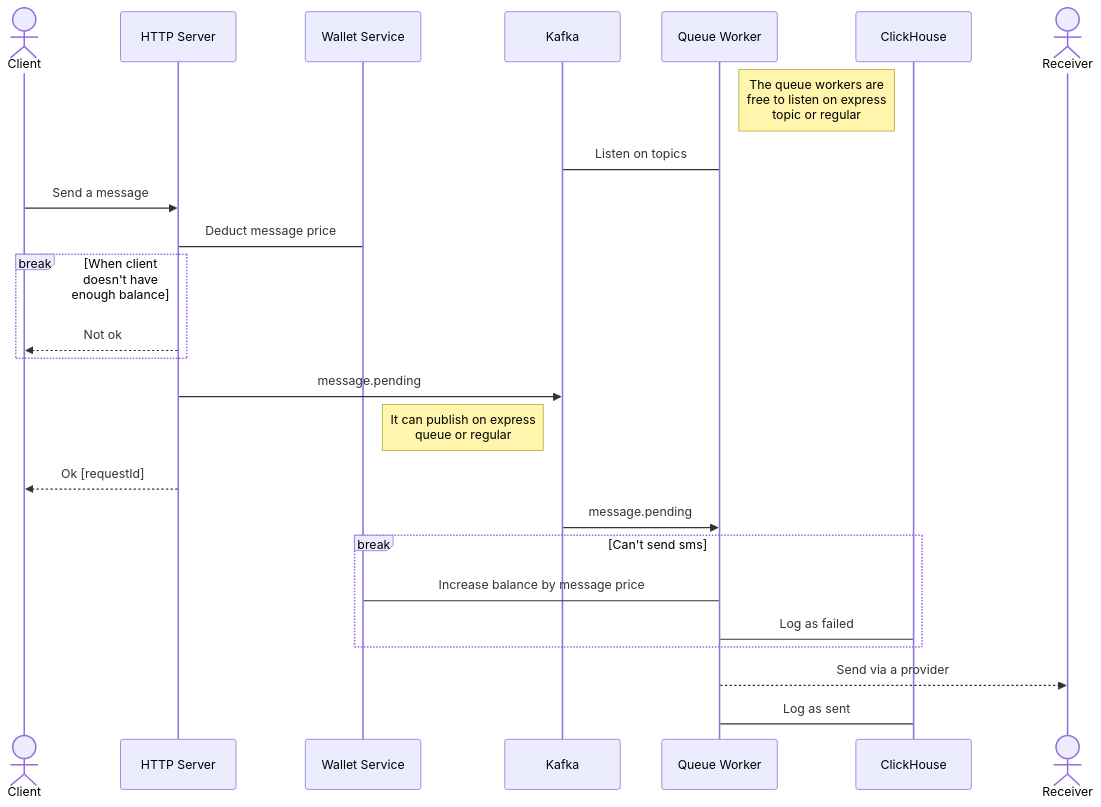
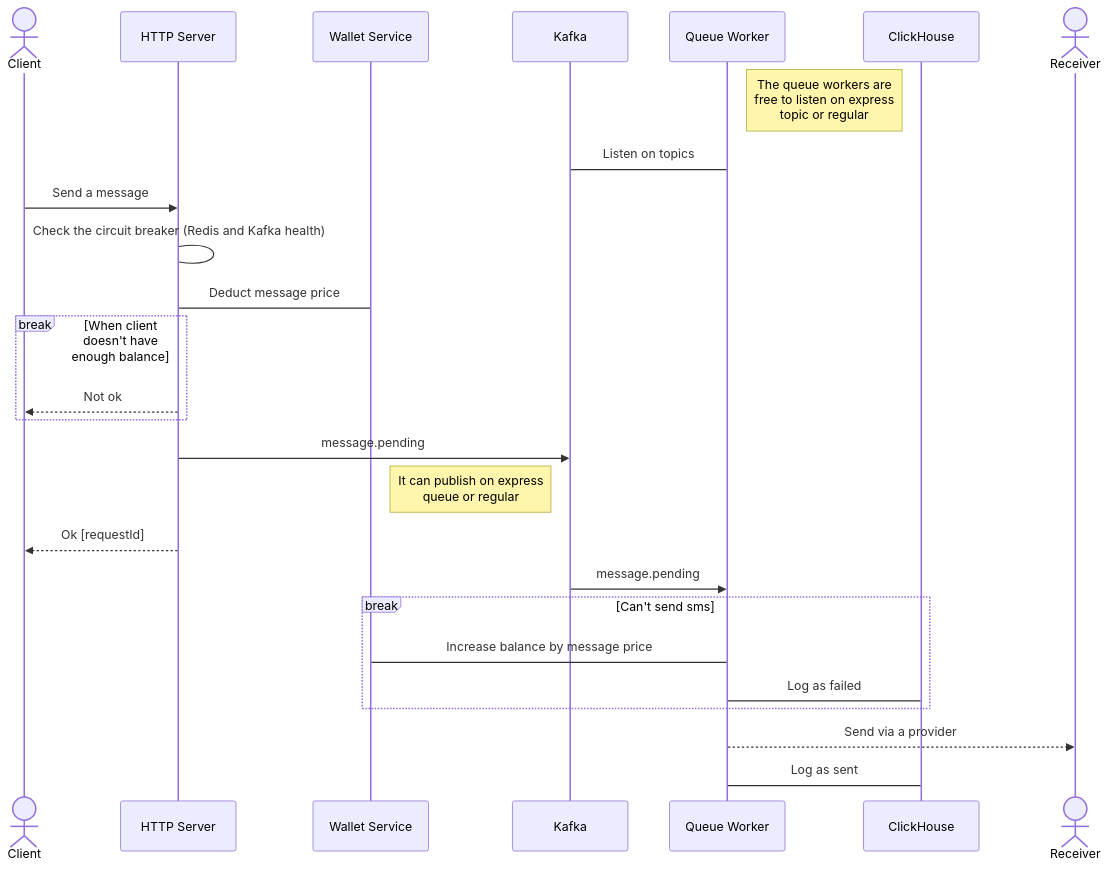
Before and after one commit to kadsin/sms-gateway: the second of 4 diagrams in docs/architecture.md, drawn with Mermaid.

Commit message:
docs(architecture.send_sms): Add circuit breaker checking

````diff
--- a/docs/architecture.md
+++ b/docs/architecture.md
@@ -52,31 +52,32 @@
 ```mermaid
 sequenceDiagram
     Actor c as Client
     Participant s as HTTP Server
     Participant ubs as Wallet Service
     Participant mb as Kafka
     Participant w as Queue Worker
     Note right of w : The queue workers are<br>free to listen on express<br>topic or regular
     Participant cdb as ClickHouse
     Actor r as Receiver
 
 w->mb : Listen on topics
 
 c->>s : Send a message
+s->s : Check the circuit breaker (Redis and Kafka health)
 s->ubs : Deduct message price
 
 break When client doesn't have enough balance
     s-->>c : Not ok
 end
 
 s->>mb : message.pending
 Note left of mb : It can publish on express<br>queue or regular
 s-->>c : Ok [requestId]
 mb->>w : message.pending
 break Can't send sms
     w->ubs : Increase balance by message price
     w->cdb : Log as failed
 end
 w-->>r: Send via a provider
 w->cdb : Log as sent
 ```
````
